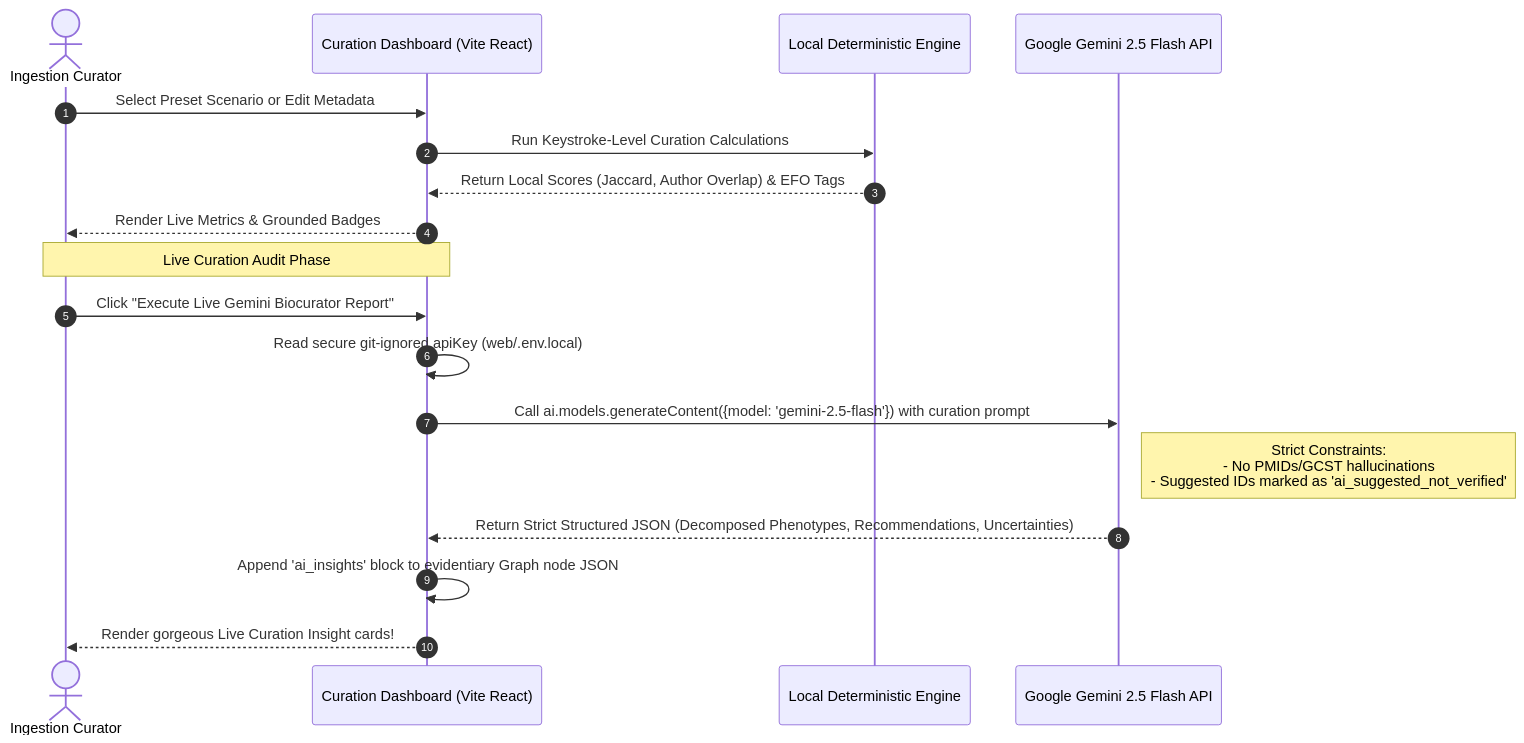
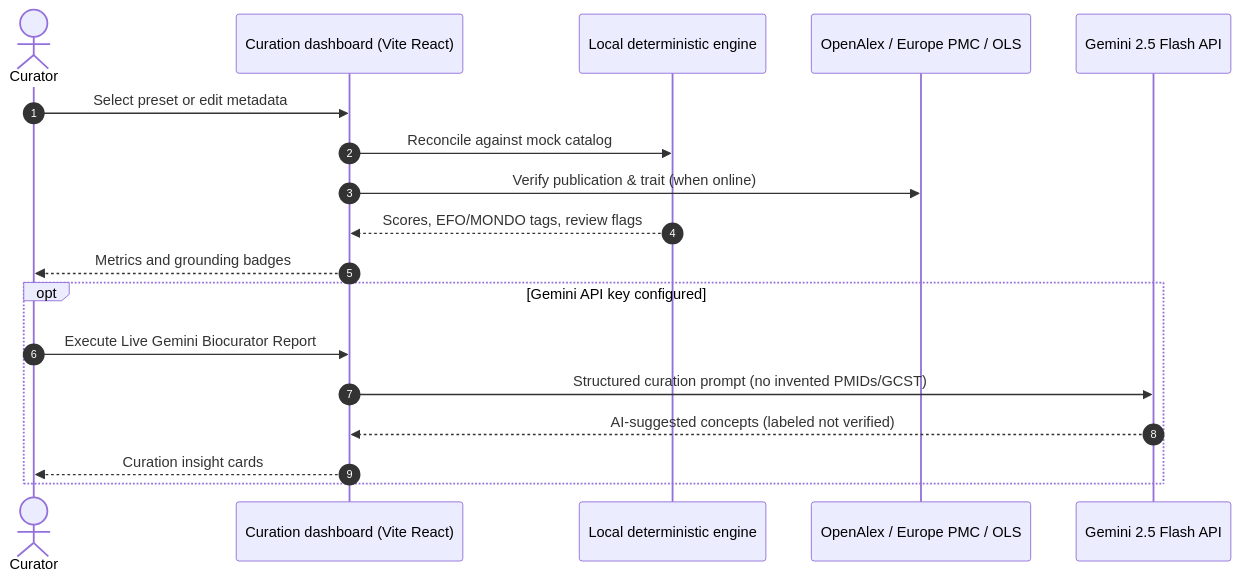
The second of 2 diagrams in README.md (twhetzel/agihouse-hackathon-30may2026), drawn with Mermaid before and after one commit. The commit also changed other lines of this file and 4 other files, not shown here.

````diff
--- a/README.md
+++ b/README.md
@@ -73,22 +103,22 @@
 ```mermaid
 sequenceDiagram
     autonumber
-    actor Curator as Ingestion Curator
-    participant UI as Curation Dashboard (Vite React)
-    participant Engine as Local Deterministic Engine
-    participant Gemini as Google Gemini 2.5 Flash API
+    actor Curator as Curator
+    participant UI as Curation dashboard (Vite React)
+    participant Engine as Local deterministic engine
+    participant Live as OpenAlex / Europe PMC / OLS
+    participant Gemini as Gemini 2.5 Flash API
 
-    Curator->>UI: Select Preset Scenario or Edit Metadata
-    UI->>Engine: Run Keystroke-Level Curation Calculations
-    Engine-->>UI: Return Local Scores (Jaccard, Author Overlap) & EFO Tags
-    UI-->>Curator: Render Live Metrics & Grounded Badges
-    
-    Note over Curator, UI: Live Curation Audit Phase
-    Curator->>UI: Click "Execute Live Gemini Biocurator Report"
-    UI->>UI: Read secure git-ignored apiKey (web/.env.local)
-    UI->>Gemini: Call ai.models.generateContent({model: 'gemini-2.5-flash'}) with curation prompt
-    Note right of Gemini: Strict Constraints:<br/>- No PMIDs/GCST hallucinations<br/>- Suggested IDs marked as 'ai_suggested_not_verified'
-    Gemini-->>UI: Return Strict Structured JSON (Decomposed Phenotypes, Recommendations, Uncertainties)
-    UI->>UI: Append 'ai_insights' block to evidentiary Graph node JSON
-    UI-->>Curator: Render gorgeous Live Curation Insight cards!
+    Curator->>UI: Select preset or edit metadata
+    UI->>Engine: Reconcile against mock catalog
+    UI->>Live: Verify publication & trait (when online)
+    Engine-->>UI: Scores, EFO/MONDO tags, review flags
+    UI-->>Curator: Metrics and grounding badges
+
+    opt Gemini API key configured
+        Curator->>UI: Execute Live Gemini Biocurator Report
+        UI->>Gemini: Structured curation prompt (no invented PMIDs/GCST)
+        Gemini-->>UI: AI-suggested concepts (labeled not verified)
+        UI-->>Curator: Curation insight cards
+    end
 ```
````
